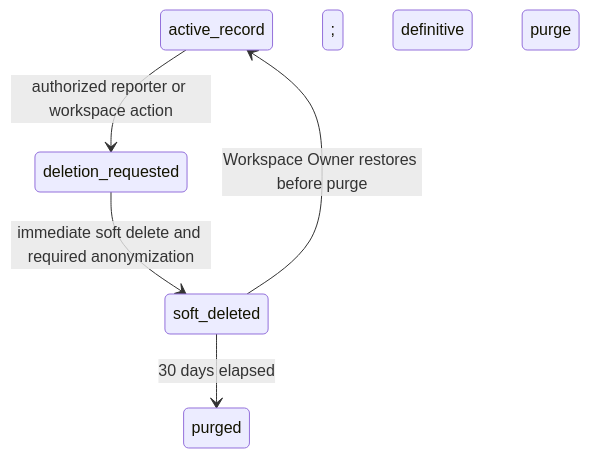
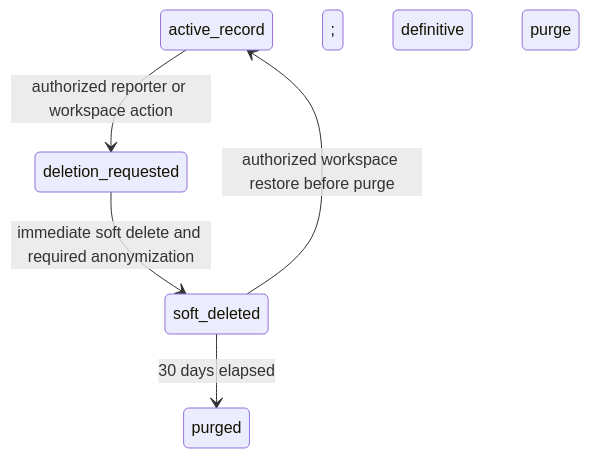
One commit to Y4NN777/y7-feedback-mngt-system changed the seventh of 11 diagrams in docs/05_MODELING.md. Above: the diagram before and after it, drawn with Mermaid. The commit also changed other lines of this file and 3 other files, not shown here.

````diff
--- a/docs/05_MODELING.md
+++ b/docs/05_MODELING.md
@@ -231,7 +231,7 @@
 ```mermaid
 stateDiagram-v2
     active_record --> deletion_requested: authorized reporter or workspace action
     deletion_requested --> soft_deleted: immediate soft delete and required anonymization
-    soft_deleted --> active_record: Workspace Owner restores before purge
+    soft_deleted --> active_record: authorized workspace restore before purge
     soft_deleted --> purged: 30 days elapsed; definitive purge
 ```
````
